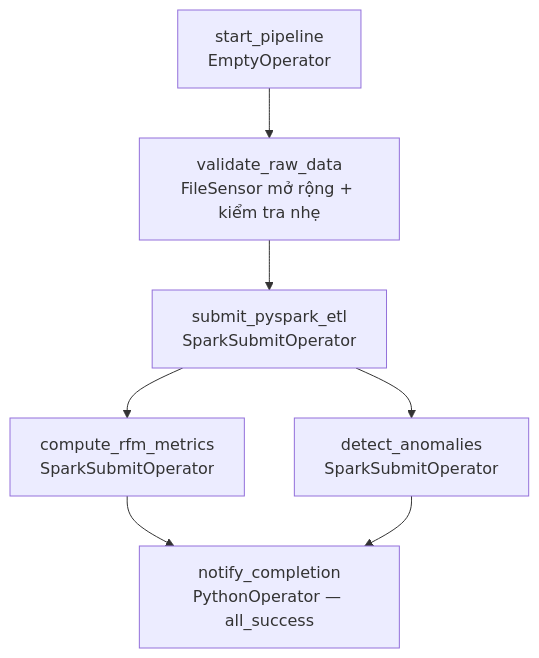
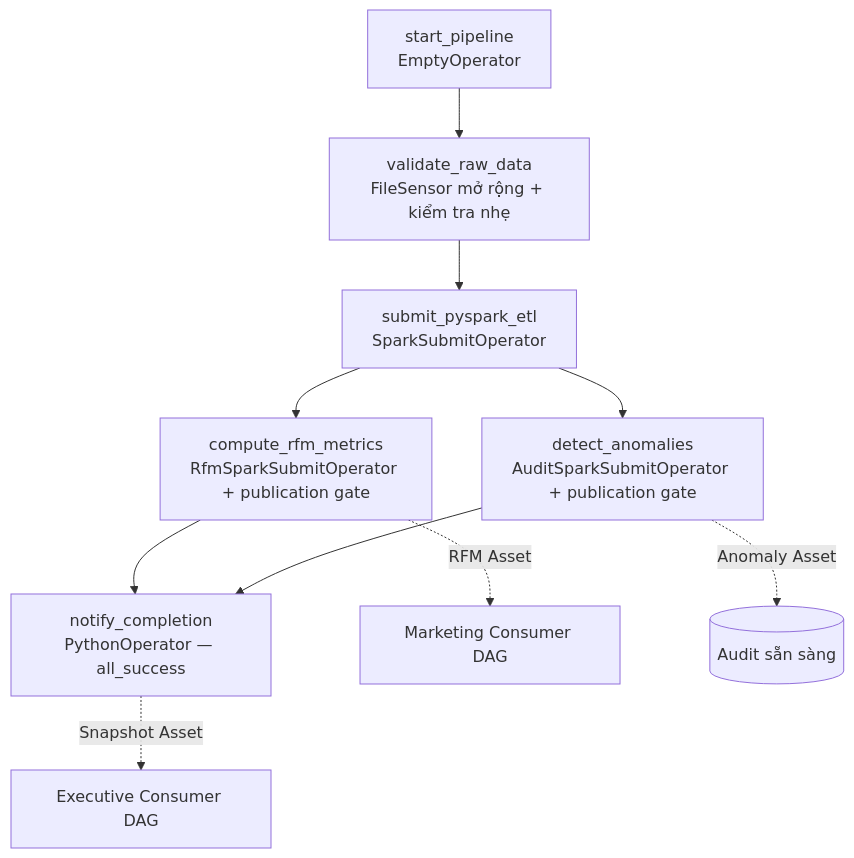
One commit to Smashultra/Airflow-Apache-Retail-E-Commerce-Dataset changed the second of 3 diagrams in docs/DAG_DESIGN_VI.md. Above: the diagram before and after it, drawn with Mermaid. The commit also changed other lines of this file and 32 other files, not shown here.

````diff
--- a/docs/DAG_DESIGN_VI.md
+++ b/docs/DAG_DESIGN_VI.md
@@ -189,9 +196,12 @@
 ```mermaid
 flowchart TD
     S["start_pipeline<br/>EmptyOperator"] --> V["validate_raw_data<br/>FileSensor mở rộng + kiểm tra nhẹ"]
     V --> E["submit_pyspark_etl<br/>SparkSubmitOperator"]
-    E --> R["compute_rfm_metrics<br/>SparkSubmitOperator"]
-    E --> A["detect_anomalies<br/>SparkSubmitOperator"]
+    E --> R["compute_rfm_metrics<br/>RfmSparkSubmitOperator + publication gate"]
+    E --> A["detect_anomalies<br/>AuditSparkSubmitOperator + publication gate"]
     R --> N["notify_completion<br/>PythonOperator — all_success"]
     A --> N
+    R -. RFM Asset .-> M[Marketing Consumer DAG]
+    A -. Anomaly Asset .-> AU[(Audit sẵn sàng)]
+    N -. Snapshot Asset .-> X[Executive Consumer DAG]
 ```
````
